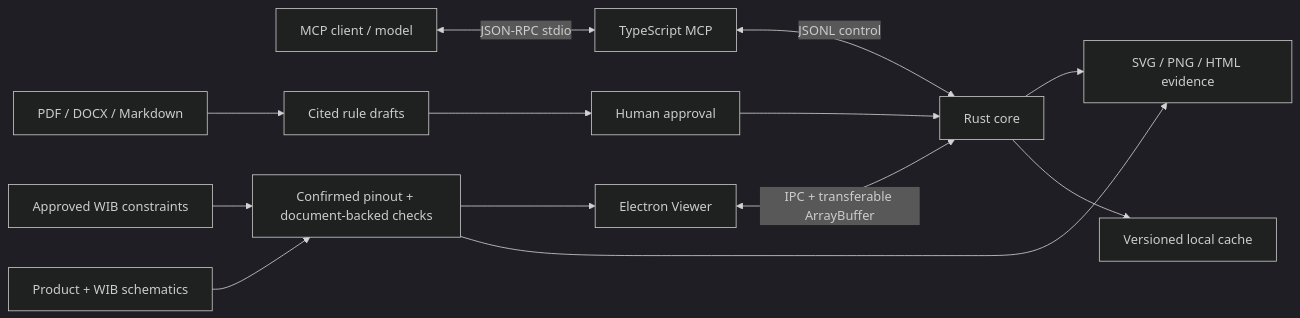
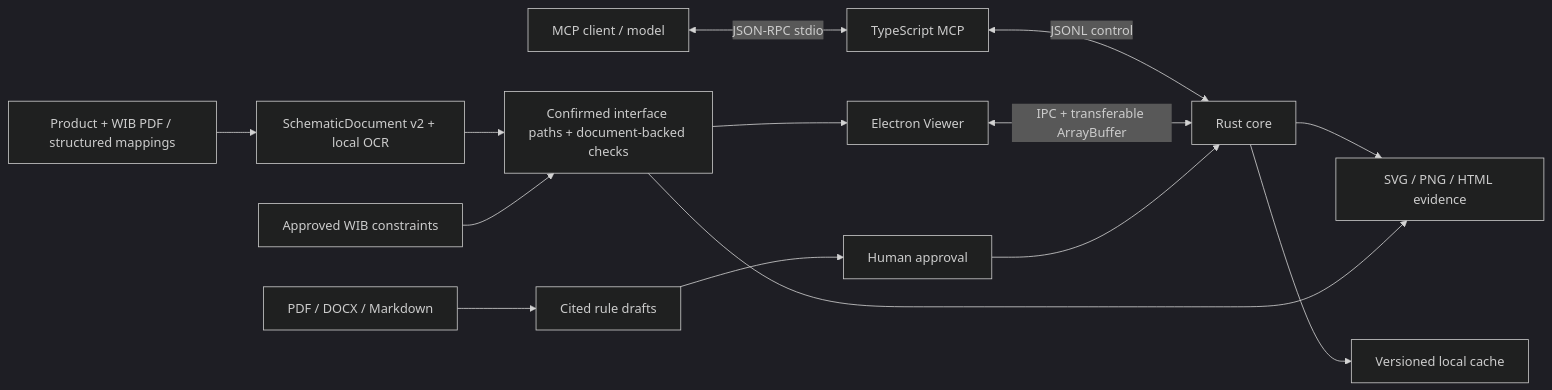
The diagram in README.md (EurekaRaider/CircuitInspector), drawn with Mermaid (dark theme) before and after one commit. The commit also changed other lines of this file and 36 other files, not shown here.

Commit message:
Add schematic PDF graph tracing

````diff
--- a/README.md
+++ b/README.md
@@ -254,15 +259,16 @@
 ```mermaid
 flowchart LR
   Client["MCP client / model"] <-->|"JSON-RPC stdio"| MCP["TypeScript MCP"]
   MCP <-->|"JSONL control"| Core["Rust core"]
   Viewer["Electron Viewer"] <-->|"IPC + transferable ArrayBuffer"| Core
   Core --> Cache["Versioned local cache"]
   Core --> Evidence["SVG / PNG / HTML evidence"]
-  Schematics["Product + WIB schematics"] --> DocAnalysis["Confirmed pinout + document-backed checks"]
+  Schematics["Product + WIB PDF / structured mappings"] --> Graph["SchematicDocument v2 + local OCR"]
+  Graph --> DocAnalysis["Confirmed interface paths + document-backed checks"]
   Constraints["Approved WIB constraints"] --> DocAnalysis
   DocAnalysis --> Evidence
   DocAnalysis --> Viewer
   Specs["PDF / DOCX / Markdown"] --> Draft["Cited rule drafts"]
   Draft --> Approval["Human approval"]
   Approval --> Core
 ```
````
